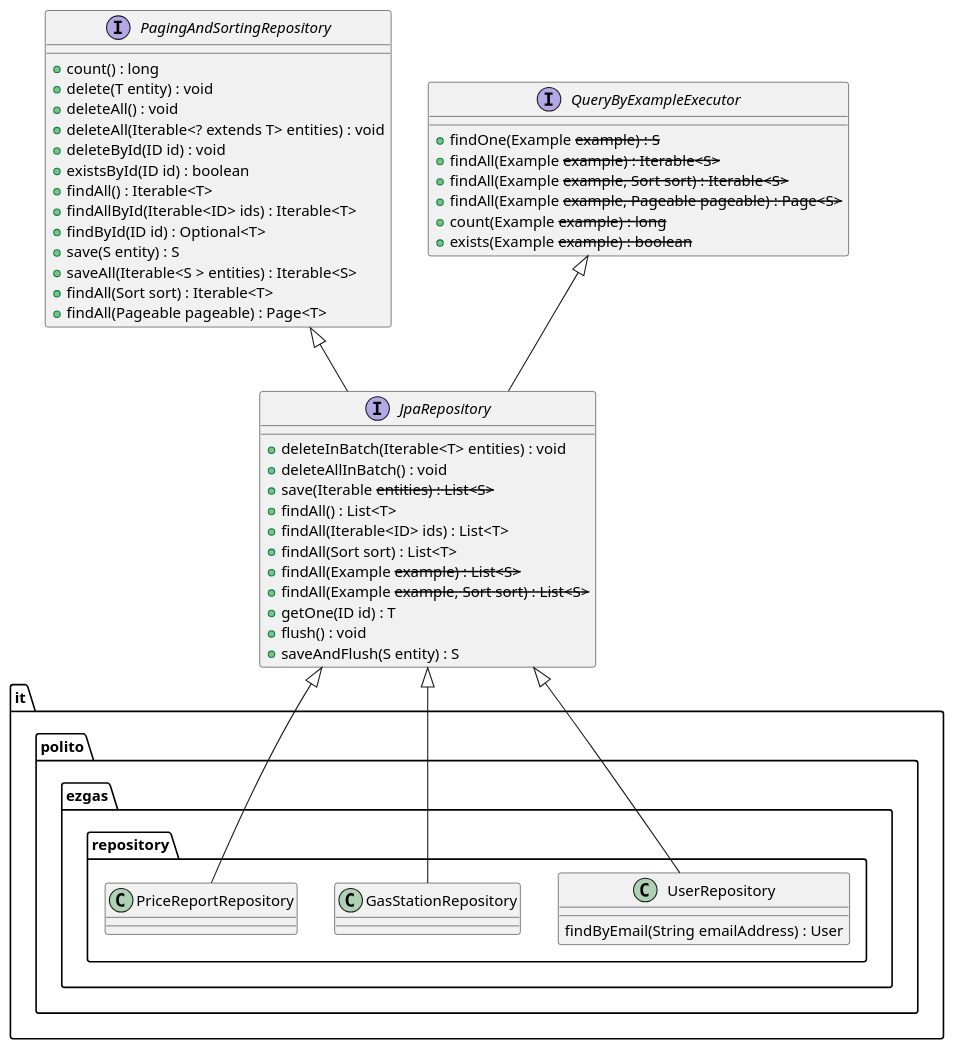
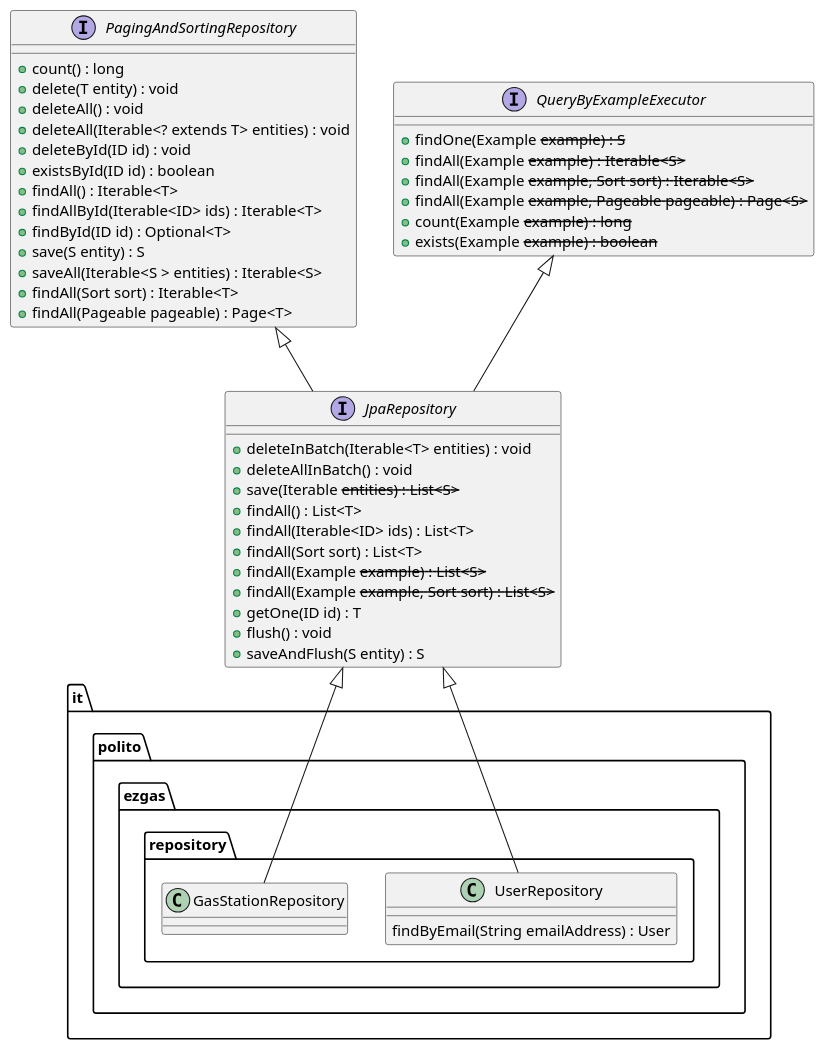
One commit to lucarinelli/ezgas changed the ninth of 13 diagrams in docs/DesignDocument.md. Above: the diagram before and after it, drawn with PlantUML. The commit also changed other lines of this file, not shown here.

Commit message:
doc: remove ReportRepository from backend in Design Document

````diff
--- a/docs/DesignDocument.md
+++ b/docs/DesignDocument.md
@@ -471,64 +440,61 @@
 ```plantuml
 @startuml
 package "it.polito.ezgas.repository" {
         class UserRepository{
             findByEmail(String emailAddress) : User
         }
         
         class GasStationRepository{
 
         }
         
-        class PriceReportRepository{
-            
-        }
+       
         
     }
 
 interface PagingAndSortingRepository{
         +count() : long
         +delete(T entity) : void
         +deleteAll() : void
         +deleteAll(Iterable<? extends T> entities) : void
         +deleteById(ID id) : void
         +existsById(ID id) : boolean
         +findAll() : Iterable<T>
         +findAllById(Iterable<ID> ids) : Iterable<T> 
         +findById(ID id) : Optional<T>
         +save(S entity) : S
         +saveAll(Iterable<S > entities) : Iterable<S>
         +findAll(Sort sort) : Iterable<T> 
         +findAll(Pageable pageable) : Page<T>
     }
 
 interface JpaRepository{
         +deleteInBatch(Iterable<T> entities) : void
         +deleteAllInBatch() : void
         +save(Iterable<S> entities) : List<S>
         +findAll() : List<T>
         +findAll(Iterable<ID> ids) : List<T>
         +findAll(Sort sort) : List<T> 
         +findAll(Example<S> example) : List<S>
         +findAll(Example<S> example, Sort sort) : List<S>
         +getOne(ID id) : T
         +flush() : void
         +saveAndFlush(S entity) : S
     }
 
 interface QueryByExampleExecutor{
         +findOne(Example<S> example) : S
         +findAll(Example<S> example) : Iterable<S>
         +findAll(Example<S> example, Sort sort) : Iterable<S>
         +findAll(Example<S> example, Pageable pageable) : Page<S>
         +count(Example<S> example) : long
         +exists(Example<S> example) : boolean
     }
 
 JpaRepository <|-- UserRepository
 JpaRepository <|-- GasStationRepository
-JpaRepository <|-- PriceReportRepository
 
 QueryByExampleExecutor <|-- JpaRepository
 PagingAndSortingRepository <|-- JpaRepository
 @enduml
 ```
````
